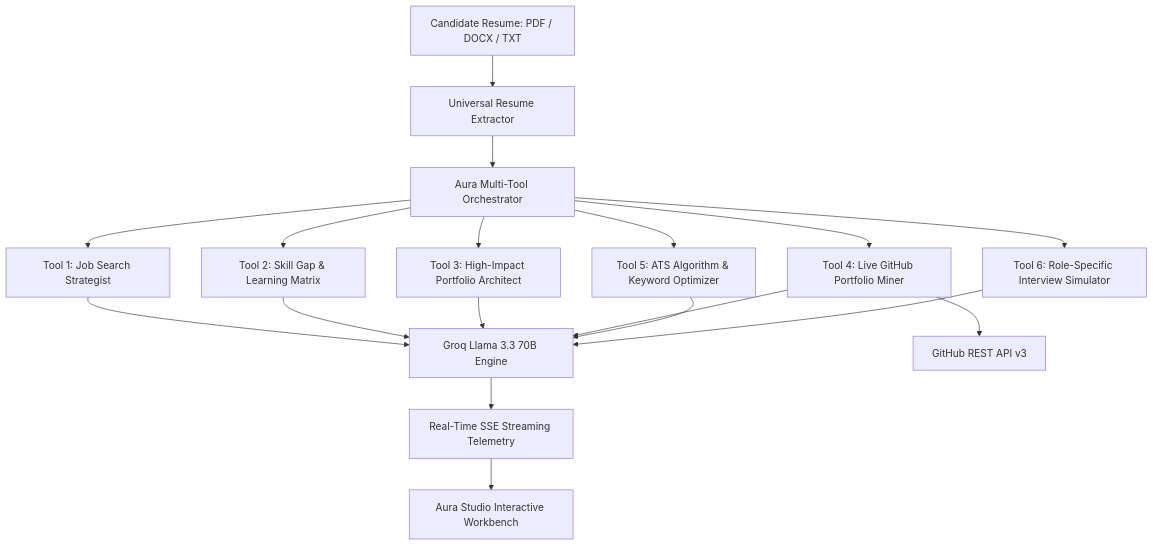
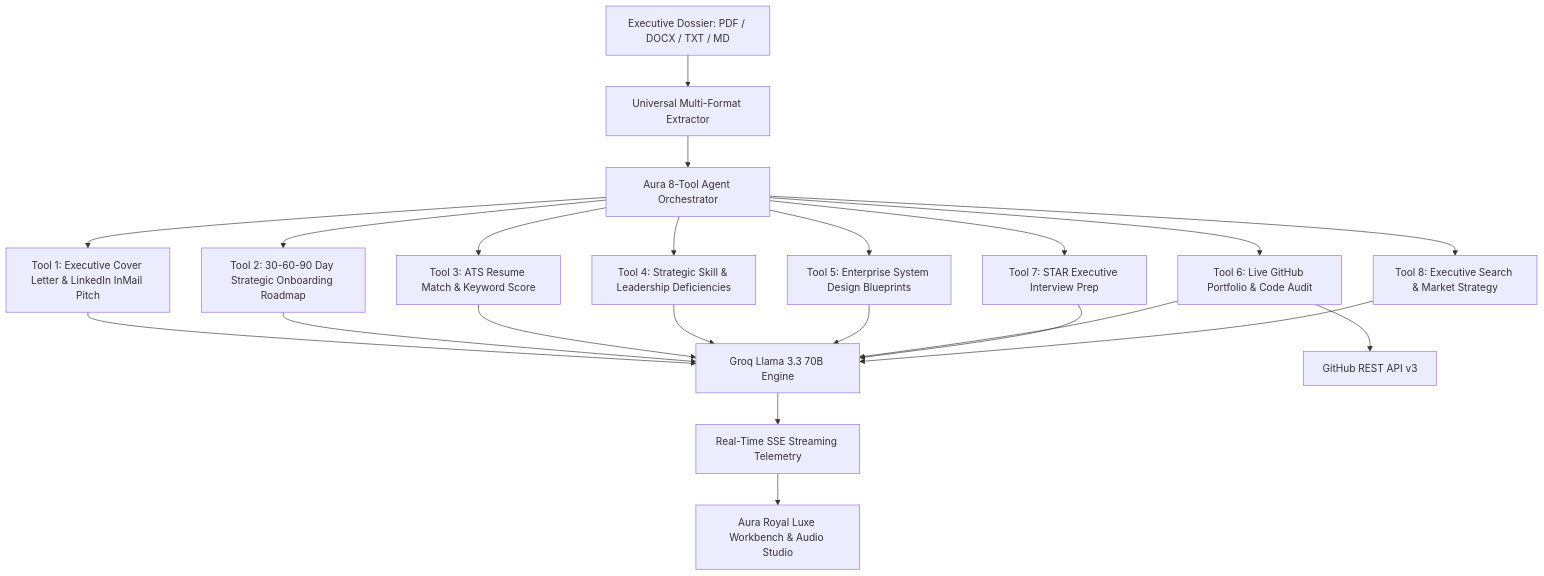
One commit to rishithaburra22-sys/Aura-Career-Studio changed the diagram in README.md. Above: the diagram before and after it, drawn with Mermaid. The commit also changed other lines of this file and 6 other files, not shown here.

Commit message:
feat(executive): upgrade Aura to 8 tools with Cover Letter/LinkedIn Pitch, 30-60-90 Day Plan, and Royal Luxe styling

````diff
--- a/README.md
+++ b/README.md
@@ -17,23 +17,27 @@
 ```mermaid
 graph TD
-    A[Candidate Resume: PDF / DOCX / TXT] --> B[Universal Resume Extractor]
-    B --> C[Aura Multi-Tool Orchestrator]
+    A[Executive Dossier: PDF / DOCX / TXT / MD] --> B[Universal Multi-Format Extractor]
+    B --> C[Aura 8-Tool Agent Orchestrator]
     
-    C --> D[Tool 1: Job Search Strategist]
-    C --> E[Tool 2: Skill Gap & Learning Matrix]
-    C --> F[Tool 3: High-Impact Portfolio Architect]
-    C --> G[Tool 4: Live GitHub Portfolio Miner]
-    C --> H[Tool 5: ATS Algorithm & Keyword Optimizer]
-    C --> I[Tool 6: Role-Specific Interview Simulator]
+    C --> D[Tool 1: Executive Cover Letter & LinkedIn InMail Pitch]
+    C --> E[Tool 2: 30-60-90 Day Strategic Onboarding Roadmap]
+    C --> F[Tool 3: ATS Resume Match & Keyword Score]
+    C --> G[Tool 4: Strategic Skill & Leadership Deficiencies]
+    C --> H[Tool 5: Enterprise System Design Blueprints]
+    C --> I[Tool 6: Live GitHub Portfolio & Code Audit]
+    C --> J[Tool 7: STAR Executive Interview Prep]
+    C --> K[Tool 8: Executive Search & Market Strategy]
 
-    D --> J[Groq Llama 3.3 70B Engine]
-    E --> J
-    F --> J
-    G --> K[GitHub REST API v3]
-    G --> J
-    H --> J
-    I --> J
+    D --> L[Groq Llama 3.3 70B Engine]
+    E --> L
+    F --> L
+    G --> L
+    H --> L
+    I --> M[GitHub REST API v3]
+    I --> L
+    J --> L
+    K --> L
 
-    J --> L[Real-Time SSE Streaming Telemetry]
-    L --> M[Aura Studio Interactive Workbench]
+    L --> N[Real-Time SSE Streaming Telemetry]
+    N --> O[Aura Royal Luxe Workbench & Audio Studio]
 ```
````
